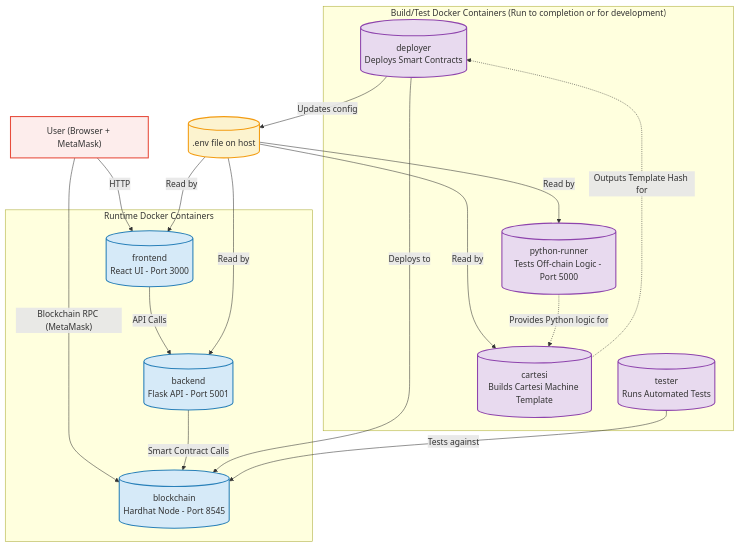
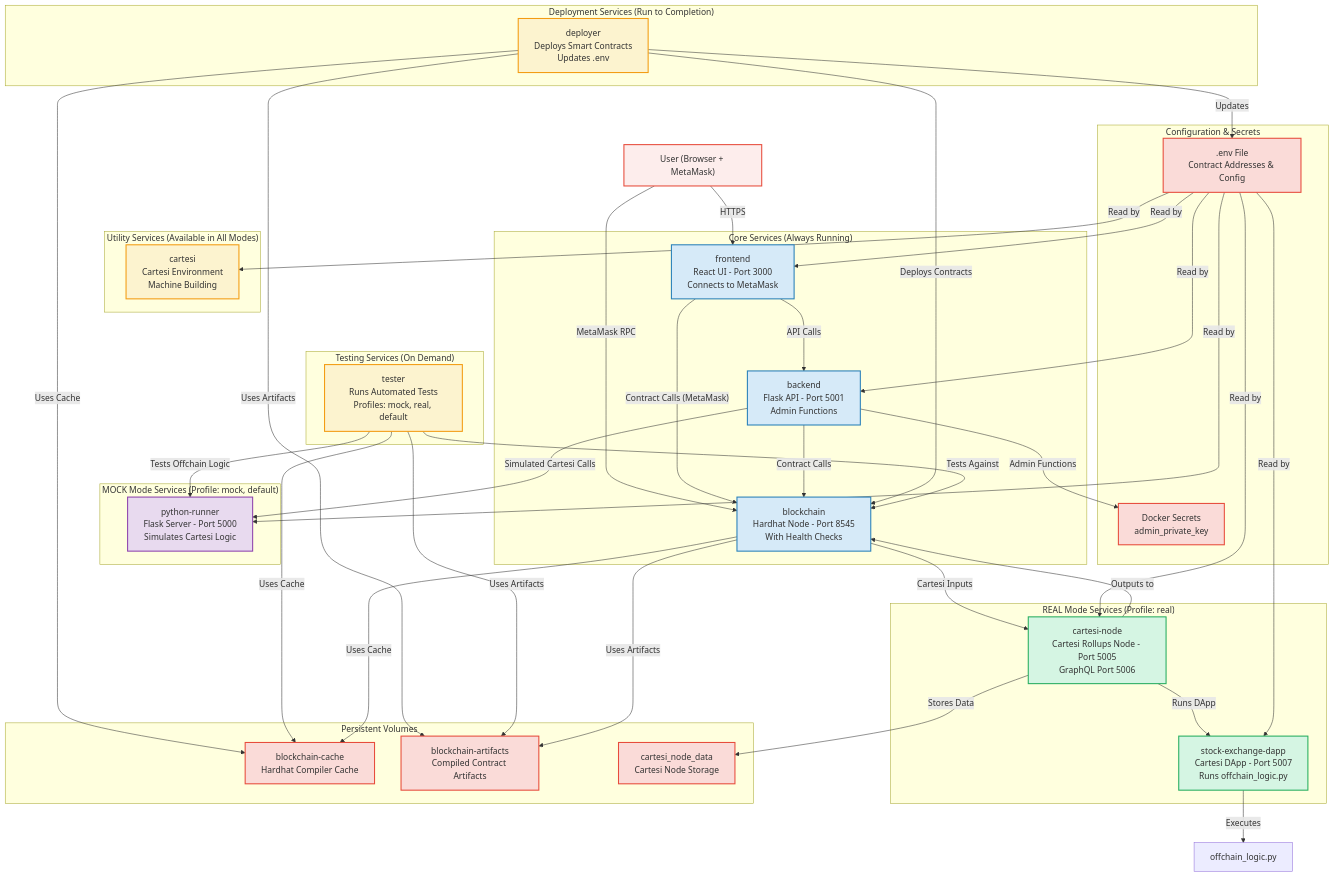
One commit to iiyyll01lin/cartesi-stock-exchanger changed the first of 5 diagrams in README.md. Above: the diagram before and after it, drawn with Mermaid. The commit also changed other lines of this file and 16 other files, not shown here.

````diff
--- a/README.md
+++ b/README.md
@@ -24,46 +37,95 @@
 graph TD
     User["User (Browser + MetaMask)"]
 
-    subgraph "Runtime Docker Containers"
-        F[("frontend"<br>React UI - Port 3000)]
-        B[("backend"<br>Flask API - Port 5001)]
-        BC[("blockchain"<br>Hardhat Node - Port 8545)]
+    subgraph "Core Services (Always Running)"
+        BC["blockchain<br>Hardhat Node - Port 8545<br>With Health Checks"]
+        F["frontend<br>React UI - Port 3000<br>Connects to MetaMask"]
+        B["backend<br>Flask API - Port 5001<br>Admin Functions"]
     end
 
-    subgraph "Build/Test Docker Containers (Run to completion or for development)"
-        D[("deployer"<br>Deploys Smart Contracts)]
-        T[("tester"<br>Runs Automated Tests)]
-        C[("cartesi"<br>Builds Cartesi Machine Template)]
-        PR[("python-runner"<br>Tests Off-chain Logic - Port 5000)]
+    subgraph "Deployment Services (Run to Completion)"
+        D["deployer<br>Deploys Smart Contracts<br>Updates .env"]
     end
 
-    User -- HTTP --> F
-    User -- Blockchain RPC (MetaMask) --> BC
+    subgraph "Testing Services (On Demand)"
+        T["tester<br>Runs Automated Tests<br>Profiles: mock, real, default"]
+    end
+
+    subgraph "MOCK Mode Services (Profile: mock, default)"
+        PR["python-runner<br>Flask Server - Port 5000<br>Simulates Cartesi Logic"]
+    end
+
+    subgraph "REAL Mode Services (Profile: real)"
+        CN["cartesi-node<br>Cartesi Rollups Node - Port 5005<br>GraphQL Port 5006"]
+        DAPP["stock-exchange-dapp<br>Cartesi DApp - Port 5007<br>Runs offchain_logic.py"]
+    end
+
+    subgraph "Utility Services (Available in All Modes)"
+        C["cartesi<br>Cartesi Environment<br>Machine Building"]
+    end
+
+    subgraph "Persistent Volumes"
+        BLC["blockchain-cache<br>Hardhat Compiler Cache"]
+        BLA["blockchain-artifacts<br>Compiled Contract Artifacts"]
+        CND["cartesi_node_data<br>Cartesi Node Storage"]
+    end
+
+    subgraph "Configuration & Secrets"
+        ENV[".env File<br>Contract Addresses & Config"]
+        SEC["Docker Secrets<br>admin_private_key"]
+    end
+
+    User -- HTTPS --> F
+    User -- MetaMask RPC --> BC
 
     F -- API Calls --> B
-    B -- Smart Contract Calls --> BC
+    F -- Contract Calls (MetaMask) --> BC
+    B -- Contract Calls --> BC
+    B -- Admin Functions --> SEC
 
-    D -- Deploys to --> BC
-    D -- Updates config --> SharedEnv[(.env file on host)]
-    SharedEnv -- Read by --> F
-    SharedEnv -- Read by --> B
-    SharedEnv -- Read by --> C
-    SharedEnv -- Read by --> PR
+    D -- Deploys Contracts --> BC
+    D -- Updates --> ENV
+    D -- Uses Cache --> BLC
+    D -- Uses Artifacts --> BLA
 
+    T -- Tests Against --> BC
+    T -- Uses Cache --> BLC
+    T -- Uses Artifacts --> BLA
 
-    T -- Tests against --> BC
+    %% MOCK Mode Flow
+    T -- Tests Offchain Logic --> PR
+    B -- Simulated Cartesi Calls --> PR
 
-    C -.->|Outputs Template Hash for| D
-    PR -.->|Provides Python logic for| C
+    %% REAL Mode Flow  
+    BC -- Cartesi Inputs --> CN
+    CN -- Runs DApp --> DAPP
+    DAPP -- Executes --> OL["offchain_logic.py"]
+    CN -- Stores Data --> CND
+    CN -- Outputs to --> BC
 
+    BC -- Uses Cache --> BLC
+    BC -- Uses Artifacts --> BLA
 
-    classDef runtime fill:#D6EAF8,stroke:#2980B9,stroke-width:2px;
-    classDef buildtest fill:#E8DAEF,stroke:#8E44AD,stroke-width:2px;
+    ENV -- Read by --> F
+    ENV -- Read by --> B
+    ENV -- Read by --> C
+    ENV -- Read by --> PR
+    ENV -- Read by --> CN
+    ENV -- Read by --> DAPP
+
+    classDef core fill:#D6EAF8,stroke:#2980B9,stroke-width:2px;
+    classDef mock fill:#E8DAEF,stroke:#8E44AD,stroke-width:2px;
+    classDef real fill:#D5F5E3,stroke:#27AE60,stroke-width:2px;
+    classDef deployment fill:#FCF3CF,stroke:#F39C12,stroke-width:2px;
+    classDef storage fill:#FADBD8,stroke:#E74C3C,stroke-width:2px;
     classDef user fill:#FDEDEC,stroke:#E74C3C,stroke-width:2px;
-    classDef config fill:#FCF3CF,stroke:#F39C12,stroke-width:2px;
 
     class User user;
-    class F,B,BC runtime;
-    class D,T,C,PR buildtest;
-    class SharedEnv config;
+    class BC,F,B core;
+    class PR mock;
+    class CN,DAPP real;
+    class D deployment;
+    class T deployment;
+    class C deployment;
+    class BLC,BLA,CND,ENV,SEC storage;
 ```
````
